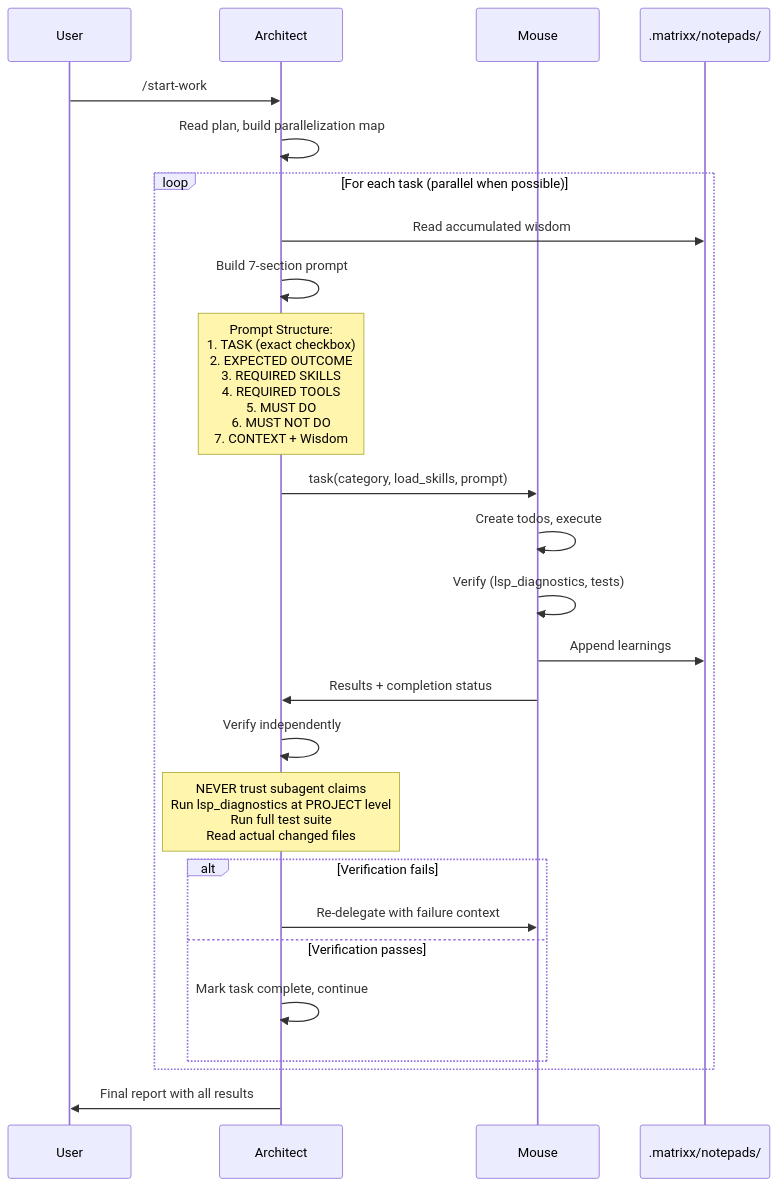
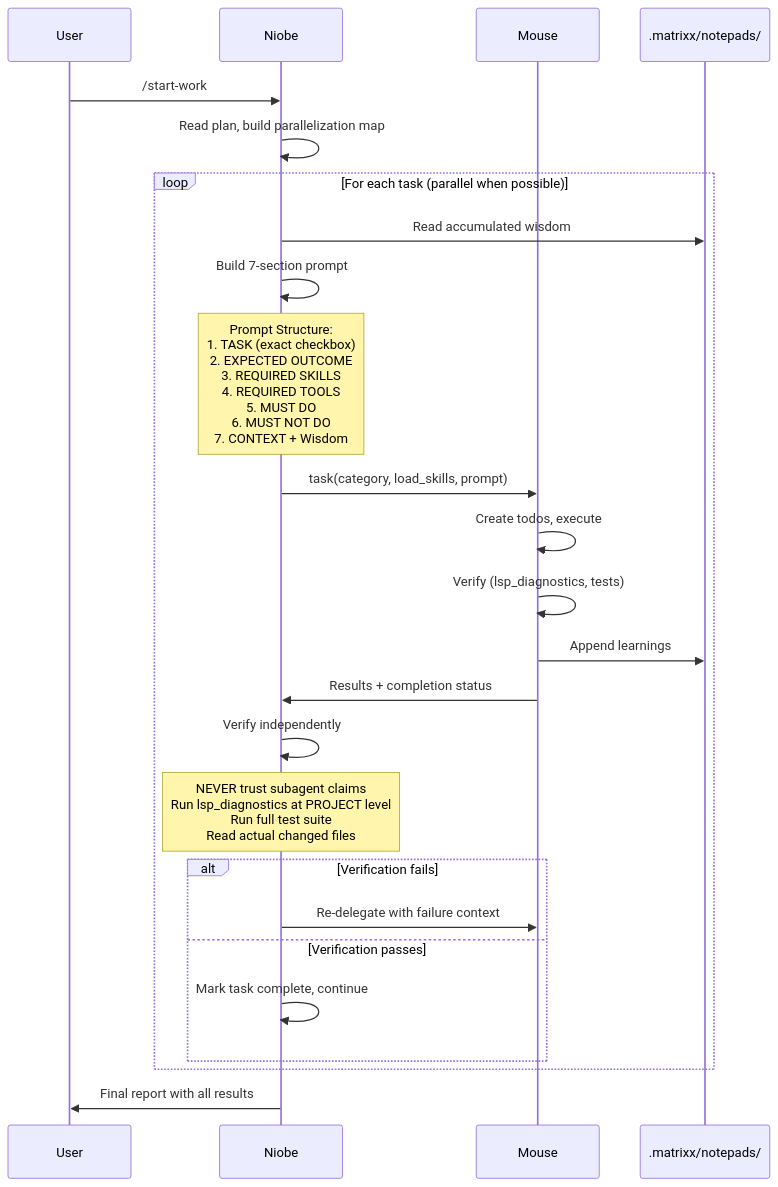
The fourth of 4 diagrams in docs/orchestration.md (klpanagi/opencode-matrixx-2), drawn with Mermaid before and after one commit. The commit also changed other lines of this file and 121 other files, not shown here.

First line of the commit message:
refactor(agents): rename Architect session orchestrator to Niobe

````diff
--- a/docs/orchestration.md
+++ b/docs/orchestration.md
@@ -504,35 +504,35 @@
 ```mermaid
 sequenceDiagram
     participant User
-    participant Orchestrator as Architect
+    participant Orchestrator as Niobe
     participant Junior as Mouse
     participant Notepad as .matrixx/notepads/
 
     User->>Orchestrator: /start-work
     Orchestrator->>Orchestrator: Read plan, build parallelization map
 
     loop For each task (parallel when possible)
         Orchestrator->>Notepad: Read accumulated wisdom
         Orchestrator->>Orchestrator: Build 7-section prompt
 
         Note over Orchestrator: Prompt Structure:<br/>1. TASK (exact checkbox)<br/>2. EXPECTED OUTCOME<br/>3. REQUIRED SKILLS<br/>4. REQUIRED TOOLS<br/>5. MUST DO<br/>6. MUST NOT DO<br/>7. CONTEXT + Wisdom
 
         Orchestrator->>Junior: task(category, load_skills, prompt)
 
         Junior->>Junior: Create todos, execute
         Junior->>Junior: Verify (lsp_diagnostics, tests)
         Junior->>Notepad: Append learnings
         Junior->>Orchestrator: Results + completion status
 
         Orchestrator->>Orchestrator: Verify independently
         Note over Orchestrator: NEVER trust subagent claims<br/>Run lsp_diagnostics at PROJECT level<br/>Run full test suite<br/>Read actual changed files
 
         alt Verification fails
             Orchestrator->>Junior: Re-delegate with failure context
         else Verification passes
             Orchestrator->>Orchestrator: Mark task complete, continue
         end
     end
 
     Orchestrator->>User: Final report with all results
 ```
````
